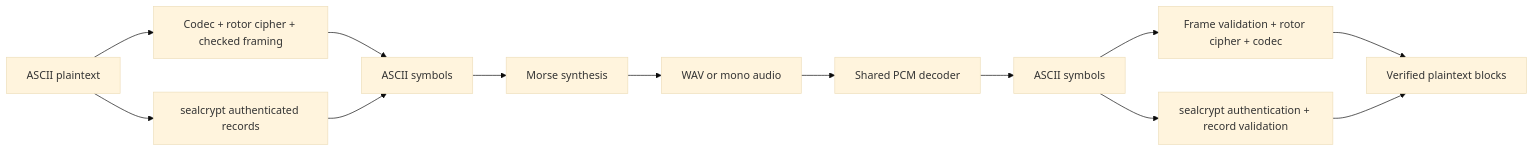
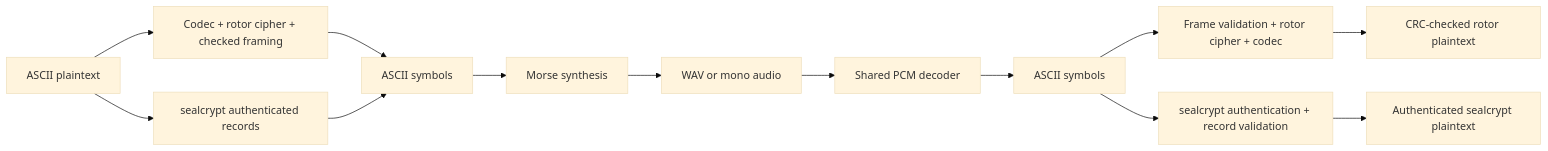
The diagram in docs/ARCHITECTURE.md (shanewiseman/EncryptedRadio), drawn with Mermaid (base theme) before and after one commit. The commit also changed other lines of this file and 20 other files, not shown here.

````diff
--- a/docs/ARCHITECTURE.md
+++ b/docs/ARCHITECTURE.md
@@ -9,15 +9,15 @@
 ```mermaid
 flowchart LR
     P[ASCII plaintext] --> A[Codec + rotor cipher + checked framing]
     P --> S[sealcrypt authenticated records]
     A --> C[ASCII symbols]
     S --> C
     C --> B[Morse synthesis]
     B --> W[WAV or mono audio]
     W --> D[Shared PCM decoder]
     D --> R[ASCII symbols]
     R --> F[Frame validation + rotor cipher + codec]
     R --> V[sealcrypt authentication + record validation]
-    F --> O[Verified plaintext blocks]
-    V --> O
+    F --> O[CRC-checked rotor plaintext]
+    V --> Q[Authenticated sealcrypt plaintext]
 ```
````
